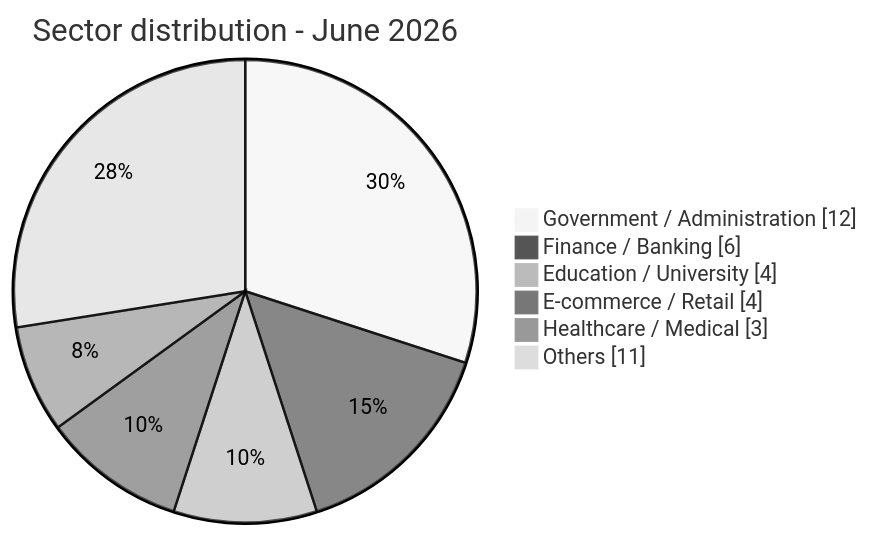
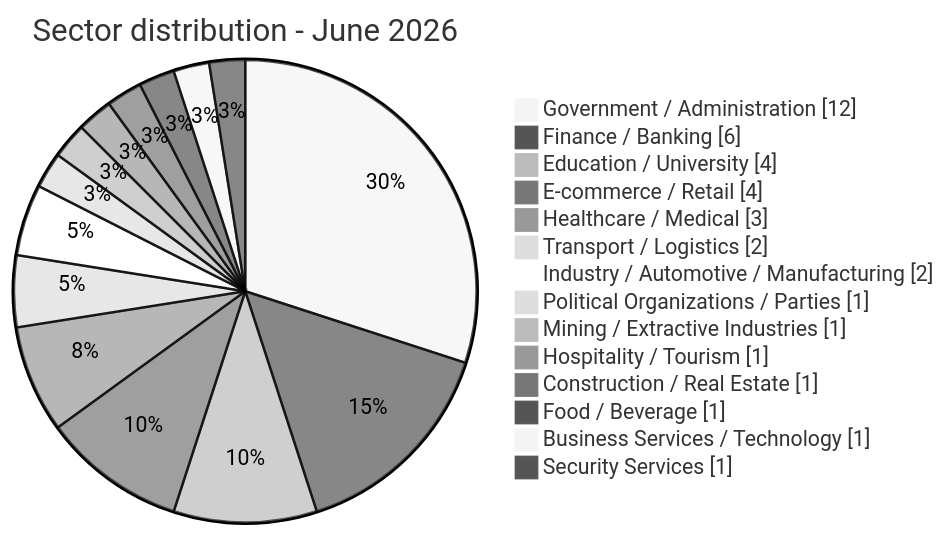
The third of 4 diagrams in CyberAttackAfrica/2026/06-june/README.md (Hatchepsoute/AFRINTEL), drawn with Mermaid (neutral theme) before and after one commit. The commit also changed other lines of this file and 39 other files, not shown here.

````diff
--- a/CyberAttackAfrica/2026/06-june/README.md
+++ b/CyberAttackAfrica/2026/06-june/README.md
@@ -208,10 +216,18 @@
 ```mermaid
 pie showData
  title Sector distribution - June 2026
  "Government / Administration" : 12
  "Finance / Banking" : 6
  "Education / University" : 4
  "E-commerce / Retail" : 4
  "Healthcare / Medical" : 3
- "Others" : 11
+ "Transport / Logistics" : 2
+ "Industry / Automotive / Manufacturing" : 2
+ "Political Organizations / Parties" : 1
+ "Mining / Extractive Industries" : 1
+ "Hospitality / Tourism" : 1
+ "Construction / Real Estate" : 1
+ "Food / Beverage" : 1
+ "Business Services / Technology" : 1
+ "Security Services" : 1
 ```
````
